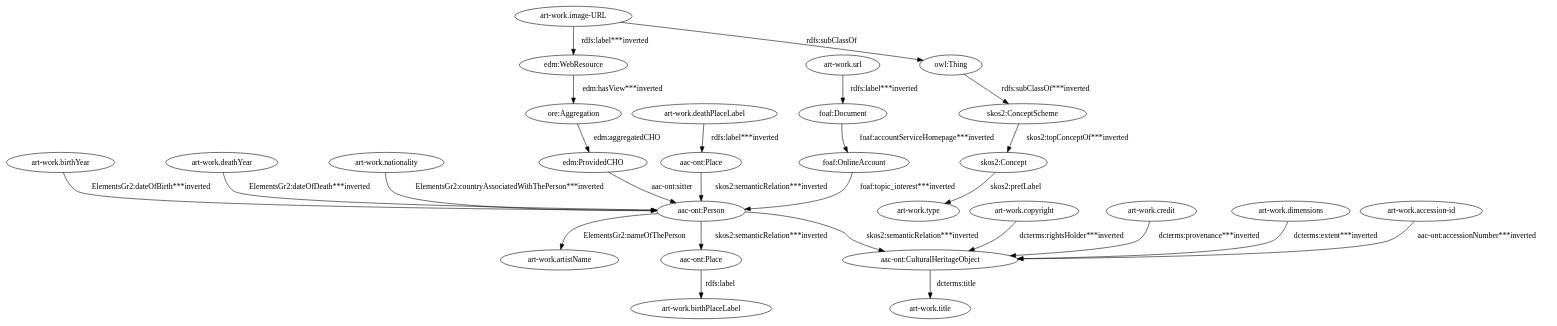
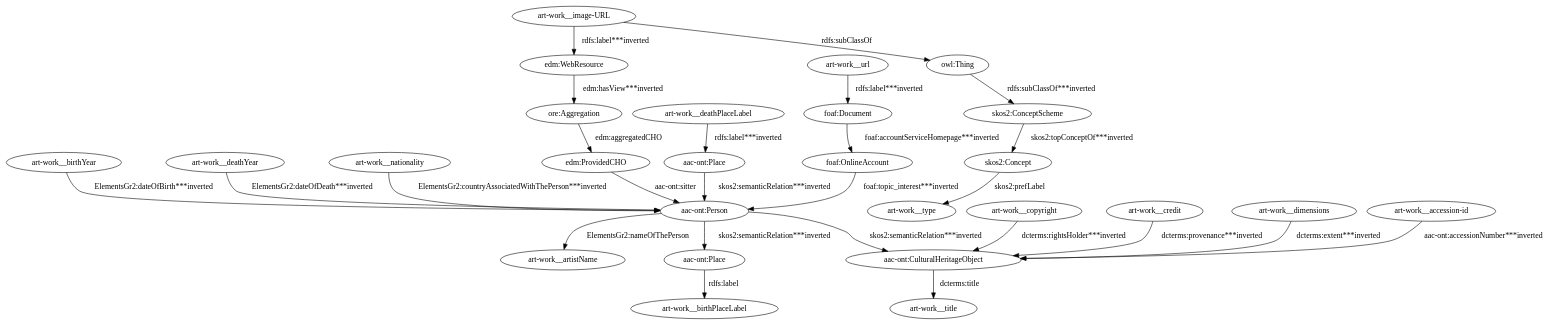
One commit to giuseppefutia/semi changed the diagram in data/taheriyan2016/task_03/semantic_models/steiner/dot/s26-s-san-francisco-moma.dot. Above: the diagram before and after it, drawn with Graphviz. The commit also changed 91 other files, not shown here.

```diff
--- a/data/taheriyan2016/task_03/semantic_models/steiner/dot/s26-s-san-francisco-moma.dot
+++ b/data/taheriyan2016/task_03/semantic_models/steiner/dot/s26-s-san-francisco-moma.dot
@@ -1,53 +1,53 @@
 digraph {
   "aac-ont:CulturalHeritageObject1" [type=class_uri,label="aac-ont:CulturalHeritageObject"]
-  "art-work.title" [type=attribute_name,label="art-work.title"]
+  "art-work__title" [type=attribute_name,label="art-work__title"]
   "aac-ont:Person1" [type=class_uri,label="aac-ont:Person"]
   "aac-ont:Place1" [type=class_uri,label="aac-ont:Place"]
-  "art-work.artistName" [type=attribute_name,label="art-work.artistName"]
-  "art-work.birthPlaceLabel" [type=attribute_name,label="art-work.birthPlaceLabel"]
+  "art-work__artistName" [type=attribute_name,label="art-work__artistName"]
+  "art-work__birthPlaceLabel" [type=attribute_name,label="art-work__birthPlaceLabel"]
   "aac-ont:Place2" [type=class_uri,label="aac-ont:Place"]
-  "art-work.accession-id" [type=attribute_name,label="art-work.accession-id"]
-  "art-work.birthYear" [type=attribute_name,label="art-work.birthYear"]
-  "art-work.copyright" [type=attribute_name,label="art-work.copyright"]
-  "art-work.credit" [type=attribute_name,label="art-work.credit"]
-  "art-work.deathPlaceLabel" [type=attribute_name,label="art-work.deathPlaceLabel"]
-  "art-work.deathYear" [type=attribute_name,label="art-work.deathYear"]
-  "art-work.dimensions" [type=attribute_name,label="art-work.dimensions"]
-  "art-work.image-URL" [type=attribute_name,label="art-work.image-URL"]
+  "art-work__accession-id" [type=attribute_name,label="art-work__accession-id"]
+  "art-work__birthYear" [type=attribute_name,label="art-work__birthYear"]
+  "art-work__copyright" [type=attribute_name,label="art-work__copyright"]
+  "art-work__credit" [type=attribute_name,label="art-work__credit"]
+  "art-work__deathPlaceLabel" [type=attribute_name,label="art-work__deathPlaceLabel"]
+  "art-work__deathYear" [type=attribute_name,label="art-work__deathYear"]
+  "art-work__dimensions" [type=attribute_name,label="art-work__dimensions"]
+  "art-work__image-URL" [type=attribute_name,label="art-work__image-URL"]
   "edm:WebResource1" [type=class_uri,label="edm:WebResource"]
   "owl:Thing" [type=special,label="owl:Thing"]
-  "art-work.nationality" [type=attribute_name,label="art-work.nationality"]
-  "art-work.url" [type=attribute_name,label="art-work.url"]
+  "art-work__nationality" [type=attribute_name,label="art-work__nationality"]
+  "art-work__url" [type=attribute_name,label="art-work__url"]
   "foaf:Document1" [type=class_uri,label="foaf:Document"]
   "edm:ProvidedCHO" [type=class_uri,label="edm:ProvidedCHO"]
   "ore:Aggregation" [type=class_uri,label="ore:Aggregation"]
   "foaf:OnlineAccount" [type=class_uri,label="foaf:OnlineAccount"]
   "skos2:ConceptScheme" [type=class_uri,label="skos2:ConceptScheme"]
   "skos2:Concept1" [type=class_uri,label="skos2:Concept"]
-  "art-work.type" [type=attribute_name,label="art-work.type"]
-  "aac-ont:CulturalHeritageObject1" -> "art-work.title" [label="dcterms:title",type=st_property_uri]
+  "art-work__type" [type=attribute_name,label="art-work__type"]
+  "aac-ont:CulturalHeritageObject1" -> "art-work__title" [label="dcterms:title",type=st_property_uri]
   "aac-ont:Person1" -> "aac-ont:CulturalHeritageObject1" [type=inherited,label="skos2:semanticRelation***inverted",weight=4]
   "aac-ont:Person1" -> "aac-ont:Place1" [type=inherited,label="skos2:semanticRelation***inverted",weight=4]
-  "aac-ont:Person1" -> "art-work.artistName" [label="ElementsGr2:nameOfThePerson",type=st_property_uri]
-  "aac-ont:Place1" -> "art-work.birthPlaceLabel" [label="rdfs:label",type=st_property_uri]
+  "aac-ont:Person1" -> "art-work__artistName" [label="ElementsGr2:nameOfThePerson",type=st_property_uri]
+  "aac-ont:Place1" -> "art-work__birthPlaceLabel" [label="rdfs:label",type=st_property_uri]
   "aac-ont:Place2" -> "aac-ont:Person1" [type=inherited,label="skos2:semanticRelation***inverted",weight=4]
-  "art-work.accession-id" -> "aac-ont:CulturalHeritageObject1" [type=st_property_uri,label="aac-ont:accessionNumber***inverted",weight=1]
-  "art-work.birthYear" -> "aac-ont:Person1" [type=st_property_uri,label="ElementsGr2:dateOfBirth***inverted",weight=1]
-  "art-work.copyright" -> "aac-ont:CulturalHeritageObject1" [type=st_property_uri,label="dcterms:rightsHolder***inverted",weight=1]
-  "art-work.credit" -> "aac-ont:CulturalHeritageObject1" [type=st_property_uri,label="dcterms:provenance***inverted",weight=1]
-  "art-work.deathPlaceLabel" -> "aac-ont:Place2" [type=st_property_uri,label="rdfs:label***inverted",weight=1]
-  "art-work.deathYear" -> "aac-ont:Person1" [type=st_property_uri,label="ElementsGr2:dateOfDeath***inverted",weight=1]
-  "art-work.dimensions" -> "aac-ont:CulturalHeritageObject1" [type=st_property_uri,label="dcterms:extent***inverted",weight=1]
-  "art-work.image-URL" -> "edm:WebResource1" [type=st_property_uri,label="rdfs:label***inverted",weight=1]
-  "art-work.image-URL" -> "owl:Thing" [label="rdfs:subClassOf",type=inherited,weight=0.3333333333333333]
-  "art-work.nationality" -> "aac-ont:Person1" [type=st_property_uri,label="ElementsGr2:countryAssociatedWithThePerson***inverted",weight=1]
-  "art-work.url" -> "foaf:Document1" [type=st_property_uri,label="rdfs:label***inverted",weight=1]
+  "art-work__accession-id" -> "aac-ont:CulturalHeritageObject1" [type=st_property_uri,label="aac-ont:accessionNumber***inverted",weight=1]
+  "art-work__birthYear" -> "aac-ont:Person1" [type=st_property_uri,label="ElementsGr2:dateOfBirth***inverted",weight=1]
+  "art-work__copyright" -> "aac-ont:CulturalHeritageObject1" [type=st_property_uri,label="dcterms:rightsHolder***inverted",weight=1]
+  "art-work__credit" -> "aac-ont:CulturalHeritageObject1" [type=st_property_uri,label="dcterms:provenance***inverted",weight=1]
+  "art-work__deathPlaceLabel" -> "aac-ont:Place2" [type=st_property_uri,label="rdfs:label***inverted",weight=1]
+  "art-work__deathYear" -> "aac-ont:Person1" [type=st_property_uri,label="ElementsGr2:dateOfDeath***inverted",weight=1]
+  "art-work__dimensions" -> "aac-ont:CulturalHeritageObject1" [type=st_property_uri,label="dcterms:extent***inverted",weight=1]
+  "art-work__image-URL" -> "edm:WebResource1" [type=st_property_uri,label="rdfs:label***inverted",weight=1]
+  "art-work__image-URL" -> "owl:Thing" [label="rdfs:subClassOf",type=inherited,weight=0.3333333333333333]
+  "art-work__nationality" -> "aac-ont:Person1" [type=st_property_uri,label="ElementsGr2:countryAssociatedWithThePerson***inverted",weight=1]
+  "art-work__url" -> "foaf:Document1" [type=st_property_uri,label="rdfs:label***inverted",weight=1]
   "edm:ProvidedCHO" -> "aac-ont:Person1" [label="aac-ont:sitter",type=direct_property_uri,weight=1]
   "edm:WebResource1" -> "ore:Aggregation" [type=direct_property_uri,label="edm:hasView***inverted",weight=1]
   "foaf:Document1" -> "foaf:OnlineAccount" [type=direct_property_uri,label="foaf:accountServiceHomepage***inverted",weight=1]
   "foaf:OnlineAccount" -> "aac-ont:Person1" [type=inherited,label="foaf:topic_interest***inverted",weight=4]
   "ore:Aggregation" -> "edm:ProvidedCHO" [label="edm:aggregatedCHO",type=direct_property_uri,weight=1]
   "owl:Thing" -> "skos2:ConceptScheme" [type=inherited,label="rdfs:subClassOf***inverted",weight=0.3333333333333333]
-  "skos2:Concept1" -> "art-work.type" [label="skos2:prefLabel",type=st_property_uri]
+  "skos2:Concept1" -> "art-work__type" [label="skos2:prefLabel",type=st_property_uri]
   "skos2:ConceptScheme" -> "skos2:Concept1" [type=direct_property_uri,label="skos2:topConceptOf***inverted",weight=1]
 }
```
